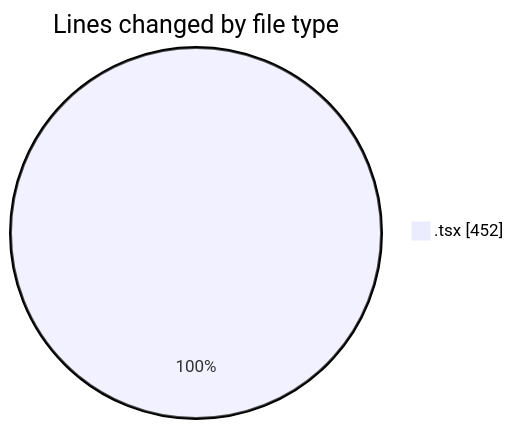
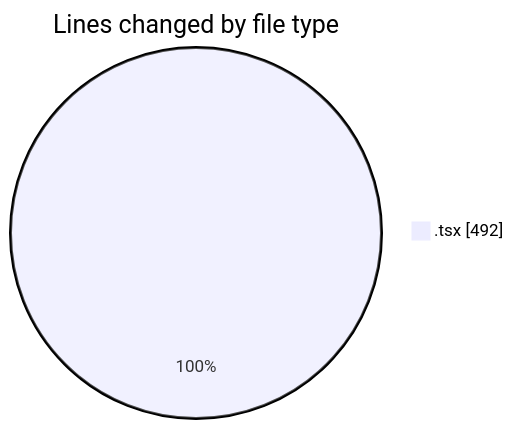
The first of 2 diagrams in 2026-02-02/nxtqube_webapp/README.md (nxtqubesakshisongat/code-tracking), drawn with Mermaid before and after one commit. The commit also changed other lines of this file and 1 other file, not shown here.

````diff
--- a/2026-02-02/nxtqube_webapp/README.md
+++ b/2026-02-02/nxtqube_webapp/README.md
@@ -20,5 +20,5 @@
 ```mermaid
 pie showData
 title Lines changed by file type
-".tsx" : 452
+".tsx" : 492
 ```
````
